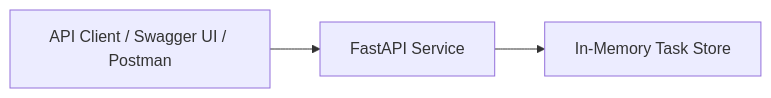
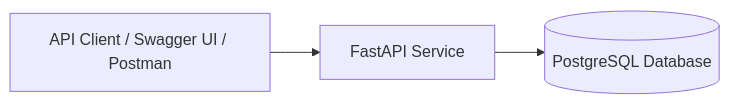
Before and after one commit to bmokrytz/TaskBeacon: the diagram in README.md, drawn with Mermaid. The commit also changed other lines of this file, not shown here.

````diff
--- a/README.md
+++ b/README.md
@@ -20,6 +20,5 @@
 ```mermaid
 flowchart LR
     Client[API Client / Swagger UI / Postman] --> API[FastAPI Service]
-    API --> Storage[In-Memory Task Store]
-
+    API --> DB[(PostgreSQL Database)]
 ```
````
